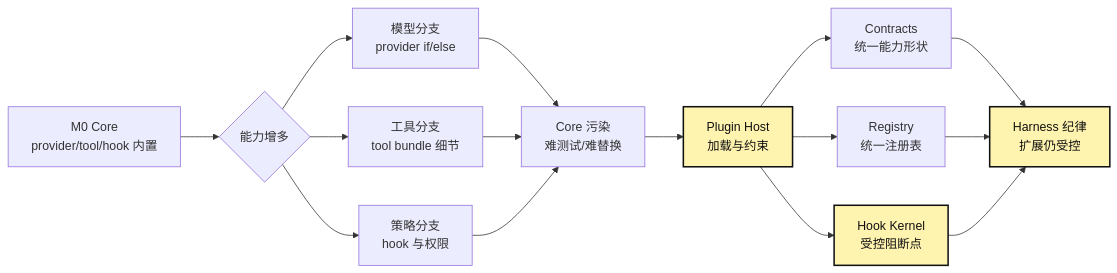
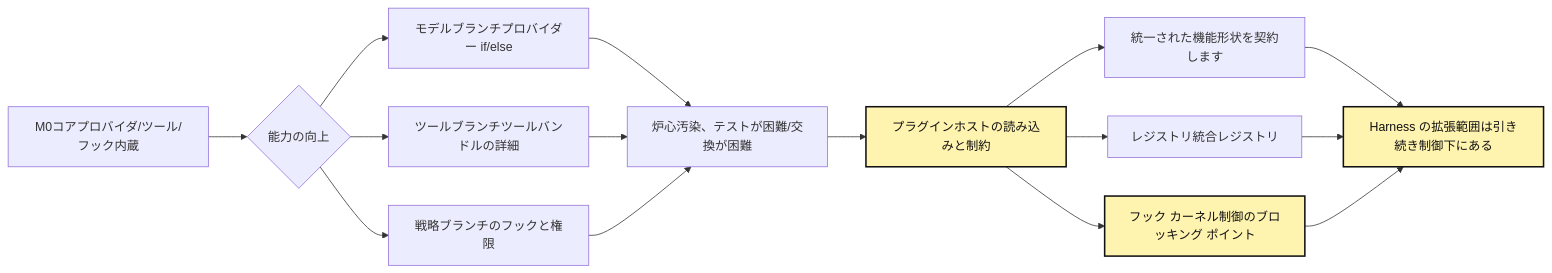
The diagram in src/content/blog/ja/AI/build-harness/assets/00-11-plugin-host-core-extension/mermaid-01.mmd (LienJack/learn-agent), drawn with Mermaid before and after one commit. The commit also changed 665 other files, not shown here.

```diff
--- a/src/content/blog/ja/AI/build-harness/assets/00-11-plugin-host-core-extension/mermaid-01.mmd
+++ b/src/content/blog/ja/AI/build-harness/assets/00-11-plugin-host-core-extension/mermaid-01.mmd
@@ -1,24 +1,24 @@
 flowchart LR
-  C0["M0 Core\nprovider/tool/hook 内置"] --> P1{"能力增多"}
-  P1 --> M["模型分支\nprovider if/else"]
-  P1 --> T["工具分支\ntool bundle 细节"]
-  P1 --> H["策略分支\nhook 与权限"]
+  C0["M0コアプロバイダ/ツール/フック内蔵"] --> P1{"能力の向上"}
+  P1 --> M["モデルブランチプロバイダー if/else"]
+  P1 --> T["ツールブランチツールバンドルの詳細"]
+  P1 --> H["戦略ブランチのフックと権限"]
 
-  M --> X["Core 污染\n难测试/难替换"]
+  M --> X["炉心汚染、テストが困難/交換が困難"]
   T --> X
   H --> X
 
-  X --> PH["Plugin Host\n加载与约束"]
-  PH --> CT["Contracts\n统一能力形状"]
-  PH --> RG["Registry\n统一注册表"]
-  PH --> HK["Hook Kernel\n受控阻断点"]
+  X --> PH["プラグインホストの読み込みと制約"]
+  PH --> CT["統一された機能形状を契約します"]
+  PH --> RG["レジストリ統合レジストリ"]
+  PH --> HK["フック カーネル制御のブロッキング ポイント"]
 
-  CT --> HC["Harness 纪律\n扩展仍受控"]
+  CT --> HC["Harness の拡張範囲は引き続き制御下にある"]
   RG --> HC
   HK --> HC
 
   PH:::hot
   HK:::hot
   HC:::hot
 
   classDef hot fill:#fff3b0,stroke:#111,stroke-width:2px,color:#111;
```
